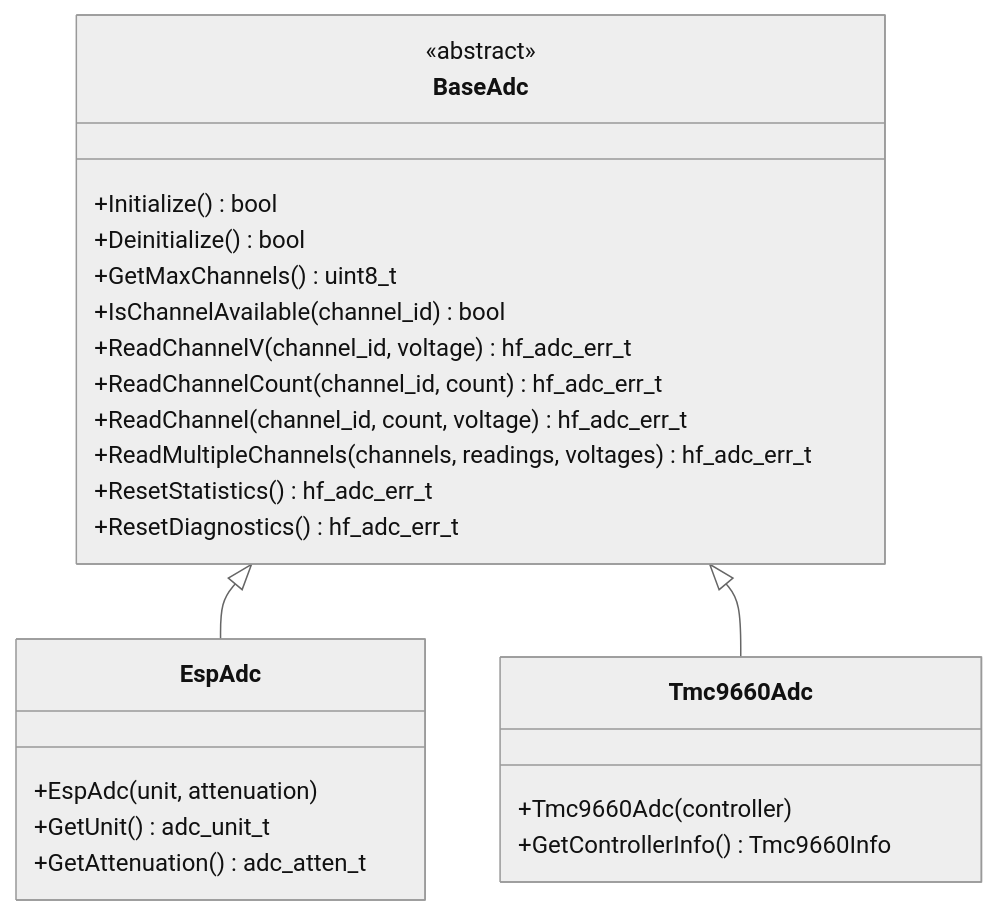
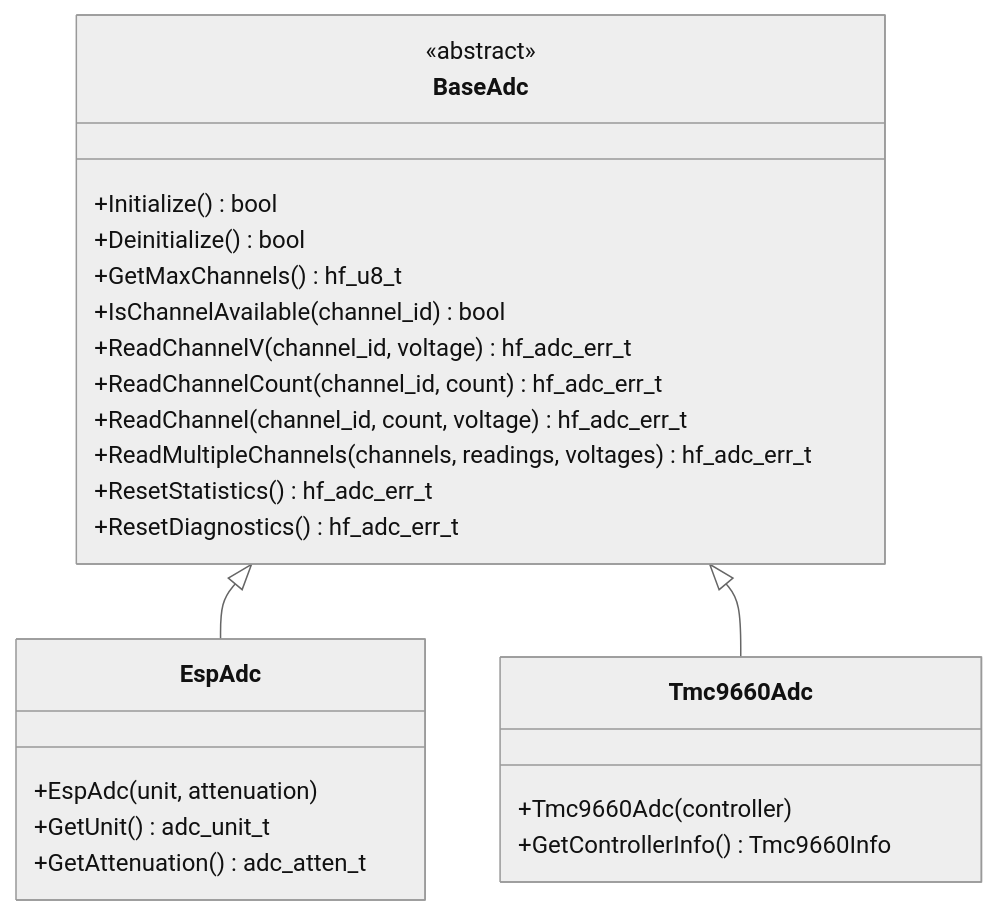
The diagram in docs/api/BaseAdc.md (N3b3x/hf-internal-interface-wrap), drawn with Mermaid (neutral theme) before and after one commit. The commit also changed other lines of this file and 4 other files, not shown here.

````diff
--- a/docs/api/BaseAdc.md
+++ b/docs/api/BaseAdc.md
@@ -52,30 +52,30 @@
 ```mermaid
 classDiagram
     class BaseAdc {
         <<abstract>>
         +Initialize() bool
         +Deinitialize() bool
-        +GetMaxChannels() uint8_t
+        +GetMaxChannels() hf_u8_t
         +IsChannelAvailable(channel_id) bool
         +ReadChannelV(channel_id, voltage) hf_adc_err_t
         +ReadChannelCount(channel_id, count) hf_adc_err_t
         +ReadChannel(channel_id, count, voltage) hf_adc_err_t
         +ReadMultipleChannels(channels, readings, voltages) hf_adc_err_t
         +ResetStatistics() hf_adc_err_t
         +ResetDiagnostics() hf_adc_err_t
     }
     
     class EspAdc {
         +EspAdc(unit, attenuation)
         +GetUnit() adc_unit_t
         +GetAttenuation() adc_atten_t
     }
     
     class Tmc9660Adc {
         +Tmc9660Adc(controller)
         +GetControllerInfo() Tmc9660Info
     }
     
     BaseAdc <|-- EspAdc
     BaseAdc <|-- Tmc9660Adc
 ```
````
